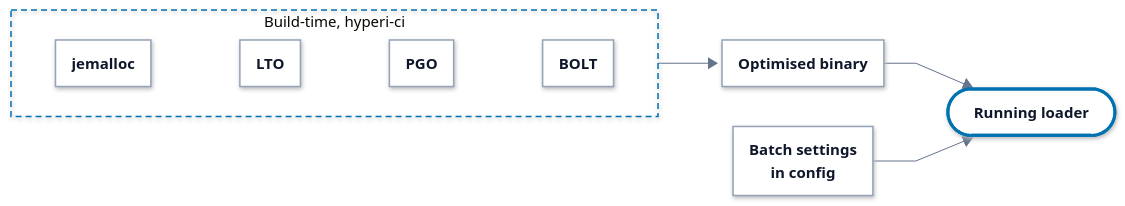
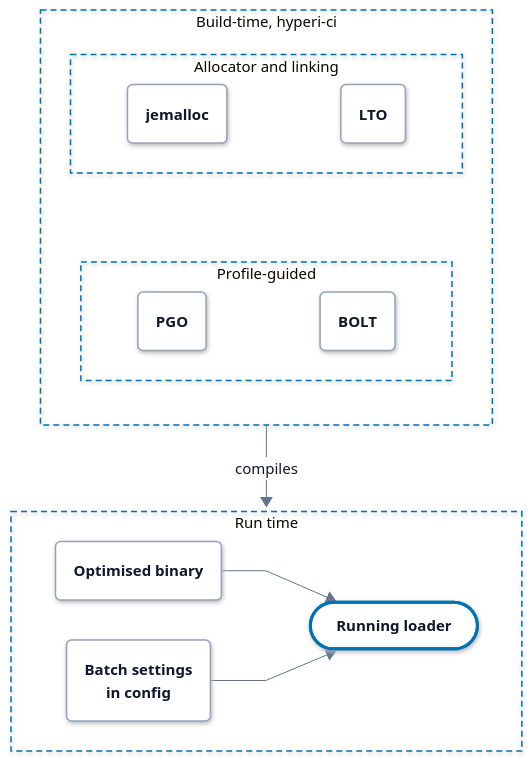
One commit to hyperi-io/dfe-loader changed the diagram in docs/performance/overview.md. Above: the diagram before and after it, drawn with Mermaid. The commit also changed 19 other files, not shown here.

First line of the commit message:
docs(architecture): bring the loader pages to the architecture standard

````diff
--- a/docs/performance/overview.md
+++ b/docs/performance/overview.md
@@ -60,22 +60,39 @@
     .ui .label-icon{color:#D9480F}
     .ext .label-icon{color:#64748B}
 ---
-flowchart LR
+flowchart TB
     accTitle: L4 Detail -- Where performance is set
     accDescr: hyperi-ci builds the binary with jemalloc, LTO, and on release PGO then BOLT. The batch flush settings in config tune the running loader.
 
     subgraph build["Build-time, hyperi-ci"]
+        direction TB
+        subgraph B1["Allocator and linking"]
+            direction LR
+            jemalloc("<b>jemalloc</b>")
+            lto("<b>LTO</b>")
+            jemalloc ~~~ lto
+        end
+        subgraph B2["Profile-guided"]
+            direction LR
+            pgo("<b>PGO</b>")
+            bolt("<b>BOLT</b>")
+            pgo ~~~ bolt
+        end
+        B1 ~~~ B2
+    end
+    subgraph run["Run time"]
         direction LR
-        jemalloc["<b>jemalloc</b>"] ~~~ lto["<b>LTO</b>"] ~~~ pgo["<b>PGO</b>"] ~~~ bolt["<b>BOLT</b>"]
+        binary("<b>Optimised binary</b>")
+        batch("<b>Batch settings<br/>in config</b>")
+        loader(["<b>Running loader</b>"])
+        binary --> loader
+        batch --> loader
     end
-
-    binary["<b>Optimised binary</b>"]
-    batch["<b>Batch settings<br/>in config</b>"]
-    loader(["<b>Running loader</b>"])
-
-    build --> binary
-    binary --> loader
-    batch --> loader
+    build -->|compiles| run
+  class jemalloc,lto,pgo,bolt,binary,batch part
+  class loader load
+  class jemalloc,lto,pgo,bolt,binary,batch part
+  class loader load
   classDef ext fill:#F4F6F8,stroke:#94A3B8,stroke-width:1.5px,stroke-dasharray:5 4,color:#0F172A
   classDef ingest fill:#FFFFFF,stroke:#0E8A7D,stroke-width:3px,color:#0F172A
   classDef xform fill:#FFFFFF,stroke:#7B4FB0,stroke-width:3px,color:#0F172A
@@ -87,7 +104,8 @@
   classDef error fill:#FFFFFF,stroke:#C2410C,stroke-width:3px,color:#0F172A
   classDef control fill:#FFFFFF,stroke:#334155,stroke-width:3px,color:#0F172A
   classDef part fill:#FFFFFF,stroke:#94A3B8,stroke-width:1.5px,color:#0F172A
-  class jemalloc,lto,pgo,bolt,binary,batch part
-  class loader load
   style build fill:none,stroke:#0072B2,stroke-width:1.5px,stroke-dasharray:6 4
+  style B1 fill:none,stroke:#0072B2,stroke-width:1.5px,stroke-dasharray:6 4
+  style B2 fill:none,stroke:#0072B2,stroke-width:1.5px,stroke-dasharray:6 4
+  style run fill:none,stroke:#0072B2,stroke-width:1.5px,stroke-dasharray:6 4
 ```
````
